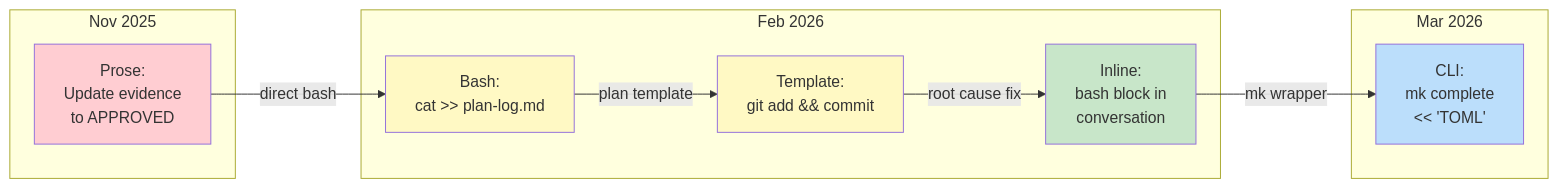
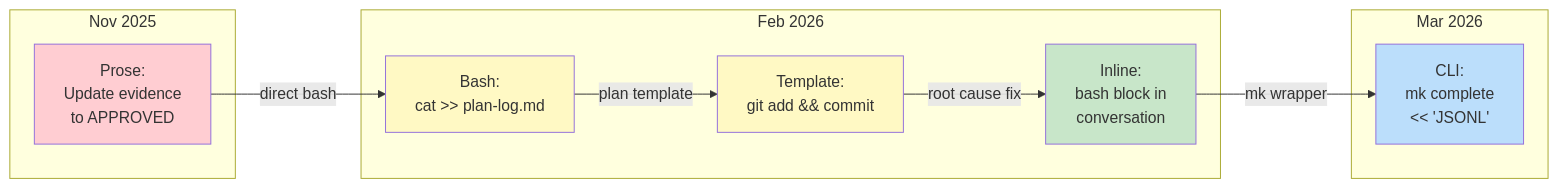
One commit to binaryphile/tandem-protocol changed the second of 6 diagrams in docs/evolution.md. Above: the diagram before and after it, drawn with Mermaid. The commit also changed other lines of this file and 12 other files, not shown here.

Commit message:
feat: migrate event payloads from TOML to JSONL

````diff
--- a/docs/evolution.md
+++ b/docs/evolution.md
@@ -96,25 +97,25 @@
 ```mermaid
 flowchart LR
     subgraph "Nov 2025"
         A["Prose:<br/>Update evidence<br/>to APPROVED"]
     end
     subgraph "Feb 2026"
         B["Bash:<br/>cat >> plan-log.md"]
         C["Template:<br/>git add && commit"]
         D["Inline:<br/>bash block in<br/>conversation"]
     end
     subgraph "Mar 2026"
-        E["CLI:<br/>mk complete<br/><< 'TOML'"]
+        E["CLI:<br/>mk complete<br/><< 'JSONL'"]
     end
 
     A -->|"direct bash"| B
     B -->|"plan template"| C
     C -->|"root cause fix"| D
     D -->|"mk wrapper"| E
 
     style A fill:#ffcdd2
     style B fill:#fff9c4
     style C fill:#fff9c4
     style D fill:#c8e6c9
     style E fill:#bbdefb
 ```
````
